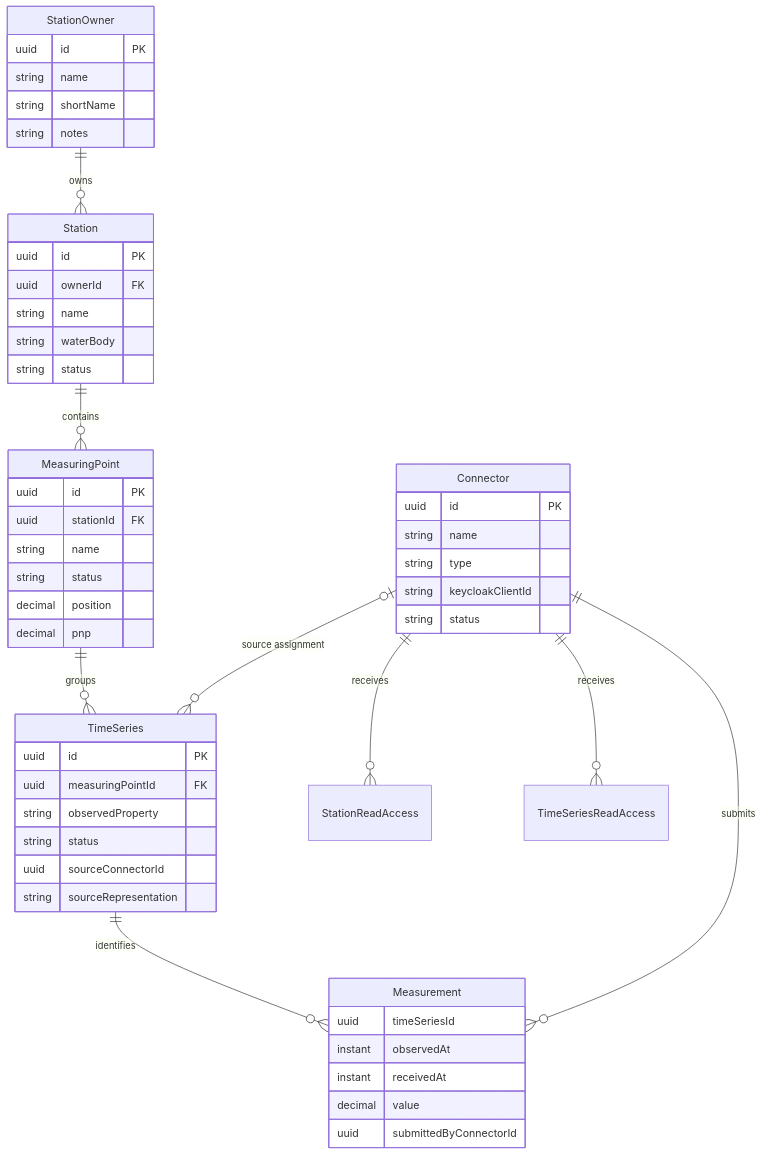
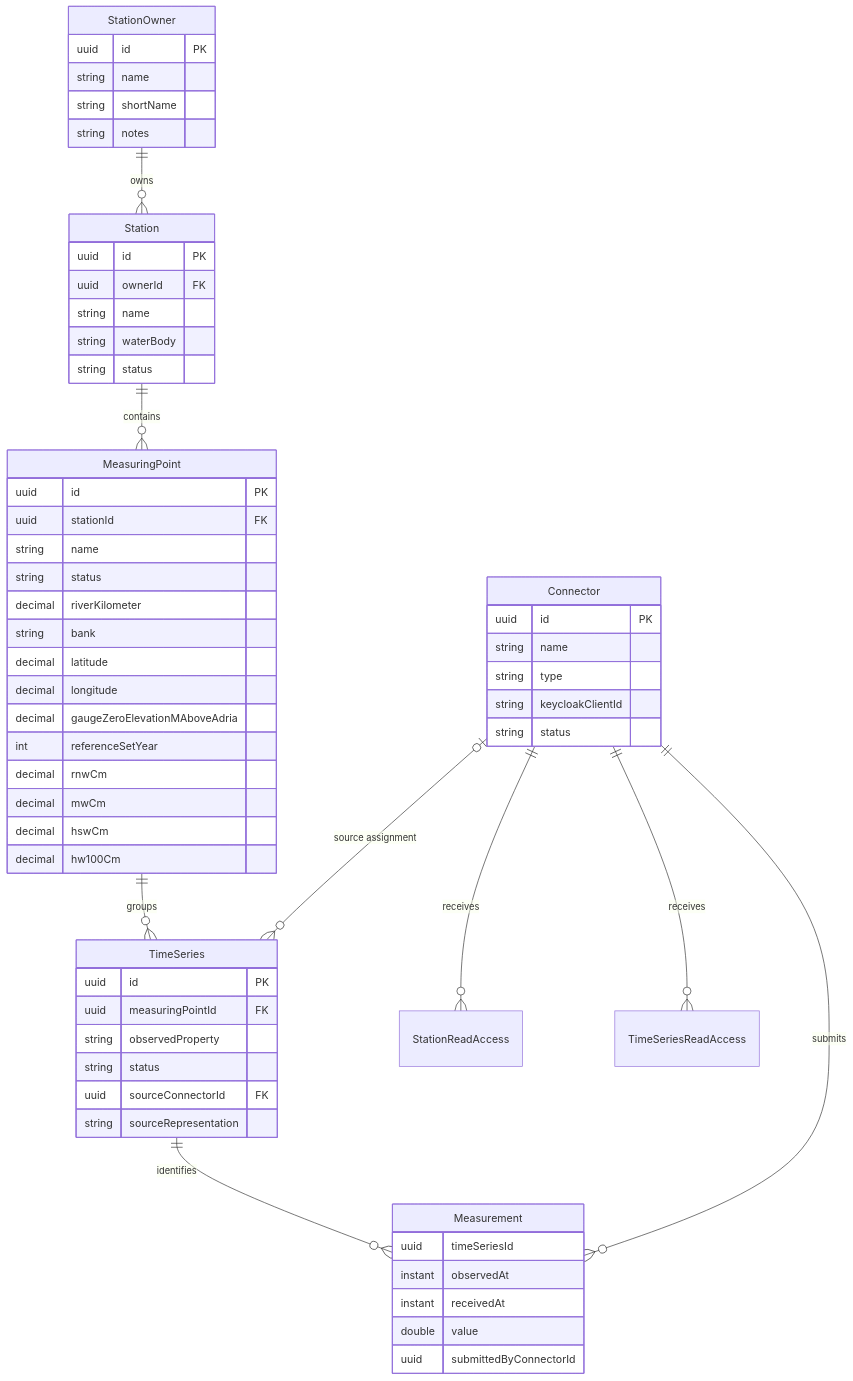
Before and after one commit to viadonau/pegelhub: the diagram in docs/architecture/pegelhub-domain-model.md, drawn with Mermaid. The commit also changed other lines of this file and 111 other files, not shown here.

````diff
--- a/docs/architecture/pegelhub-domain-model.md
+++ b/docs/architecture/pegelhub-domain-model.md
@@ -8,18 +8,18 @@
 ```mermaid
 erDiagram
     StationOwner ||--o{ Station : owns
     Station ||--o{ MeasuringPoint : contains
     MeasuringPoint ||--o{ TimeSeries : groups
     Connector o|--o{ TimeSeries : "source assignment"
     Connector ||--o{ StationReadAccess : receives
     Connector ||--o{ TimeSeriesReadAccess : receives
     TimeSeries ||--o{ Measurement : identifies
     Connector ||--o{ Measurement : submits
 
     StationOwner { uuid id PK string name string shortName string notes }
     Station { uuid id PK uuid ownerId FK string name string waterBody string status }
-    MeasuringPoint { uuid id PK uuid stationId FK string name string status decimal position decimal pnp }
-    TimeSeries { uuid id PK uuid measuringPointId FK string observedProperty string status uuid sourceConnectorId string sourceRepresentation }
+    MeasuringPoint { uuid id PK uuid stationId FK string name string status decimal riverKilometer string bank decimal latitude decimal longitude decimal gaugeZeroElevationMAboveAdria int referenceSetYear decimal rnwCm decimal mwCm decimal hswCm decimal hw100Cm }
+    TimeSeries { uuid id PK uuid measuringPointId FK string observedProperty string status uuid sourceConnectorId FK string sourceRepresentation }
     Connector { uuid id PK string name string type string keycloakClientId string status }
-    Measurement { uuid timeSeriesId instant observedAt instant receivedAt decimal value uuid submittedByConnectorId }
+    Measurement { uuid timeSeriesId instant observedAt instant receivedAt double value uuid submittedByConnectorId }
 ```
````
